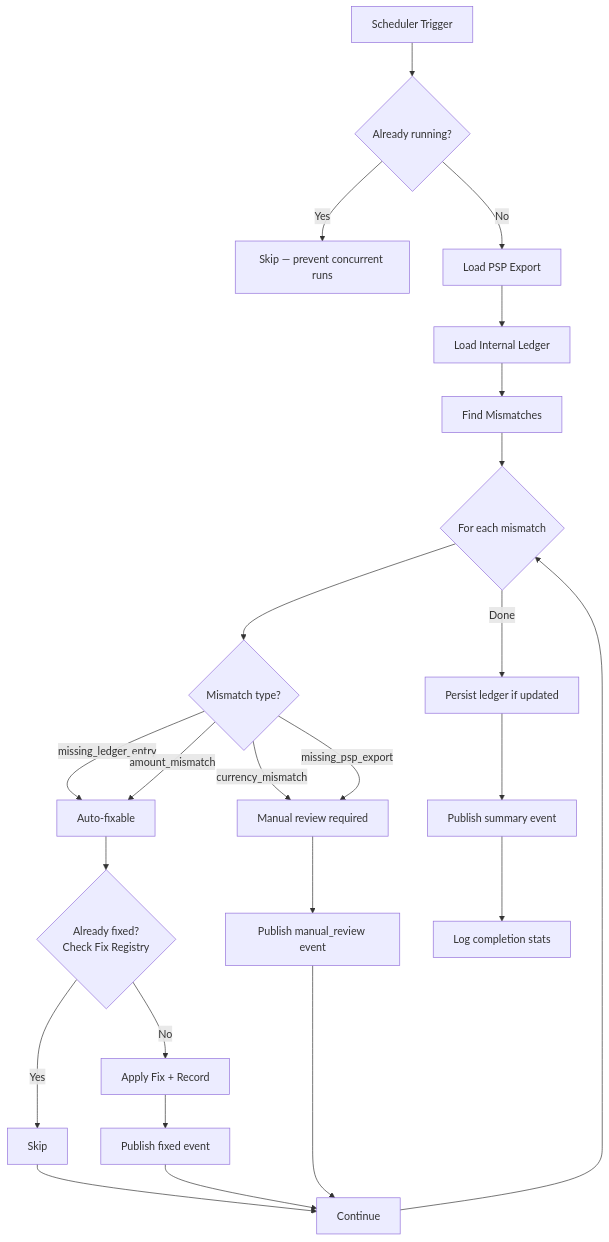
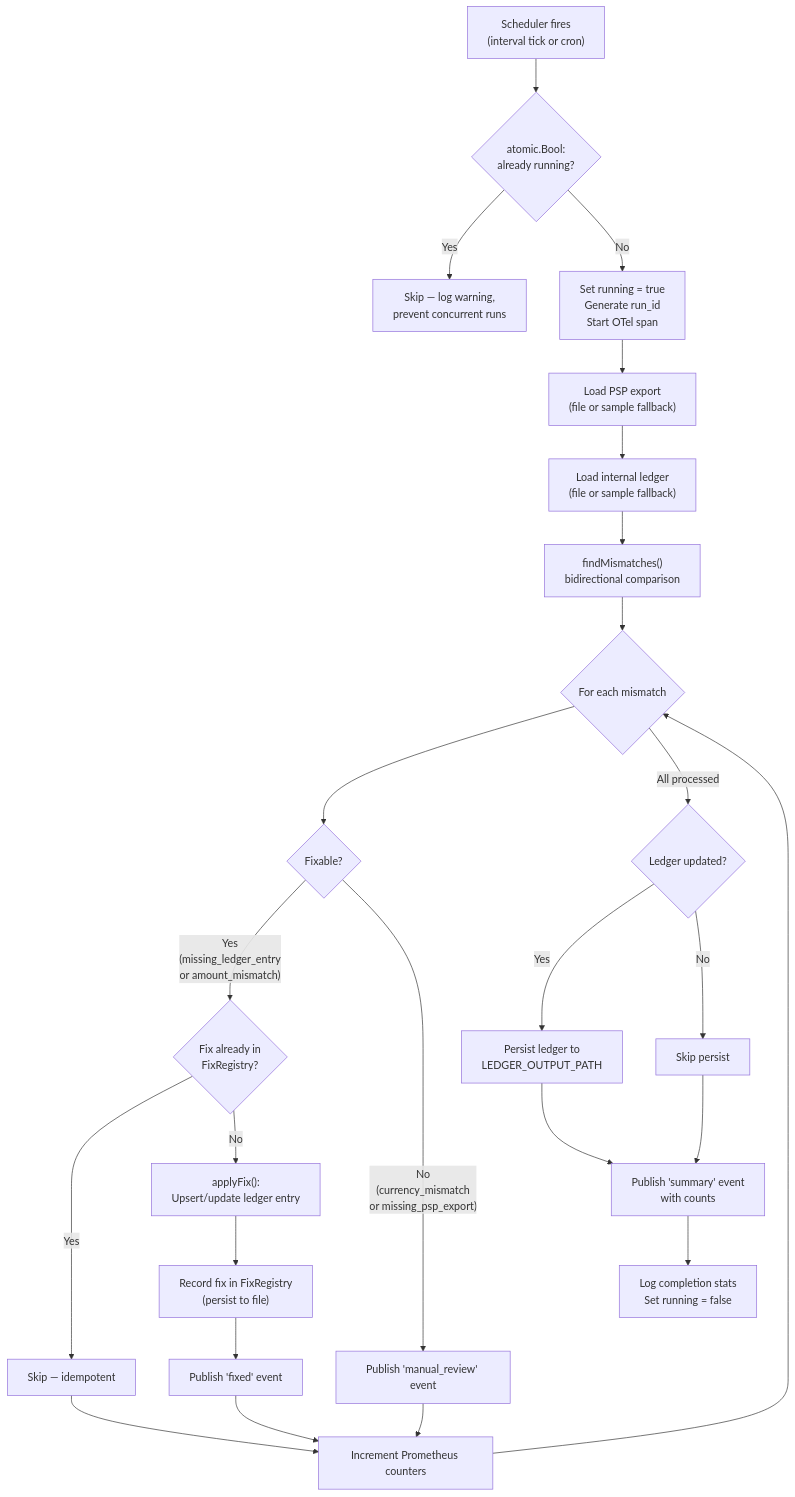
Before and after one commit to sunitakeazycommerz-a11y/InstaCommerce: the third of 5 diagrams in services/reconciliation-engine/README.md, drawn with Mermaid. The commit also changed other lines of this file and 554 other files, not shown here.

````diff
--- a/services/reconciliation-engine/README.md
+++ b/services/reconciliation-engine/README.md
@@ -23,26 +254,31 @@
 ```mermaid
 flowchart TD
-    A[Scheduler Trigger] --> B{Already running?}
-    B -->|Yes| C[Skip — prevent concurrent runs]
-    B -->|No| D[Load PSP Export]
-    D --> E[Load Internal Ledger]
-    E --> F[Find Mismatches]
-    F --> G{For each mismatch}
-    G --> H{Mismatch type?}
-    H -->|missing_ledger_entry| I[Auto-fixable]
-    H -->|amount_mismatch| I
-    H -->|currency_mismatch| J[Manual review required]
-    H -->|missing_psp_export| J
-    I --> K{Already fixed?<br/>Check Fix Registry}
-    K -->|Yes| L[Skip]
-    K -->|No| M[Apply Fix + Record]
-    J --> N[Publish manual_review event]
-    M --> O[Publish fixed event]
-    L --> P[Continue]
+    A["Scheduler fires<br/>(interval tick or cron)"] --> B{"atomic.Bool:<br/>already running?"}
+    B -->|Yes| C["Skip — log warning,<br/>prevent concurrent runs"]
+    B -->|No| D["Set running = true<br/>Generate run_id<br/>Start OTel span"]
+    D --> E["Load PSP export<br/>(file or sample fallback)"]
+    E --> F["Load internal ledger<br/>(file or sample fallback)"]
+    F --> G["findMismatches()<br/>bidirectional comparison"]
+    G --> H{"For each mismatch"}
+
+    H --> I{"Fixable?"}
+    I -->|"Yes<br/>(missing_ledger_entry<br/>or amount_mismatch)"| J{"Fix already in<br/>FixRegistry?"}
+    J -->|Yes| K["Skip — idempotent"]
+    J -->|No| L["applyFix():<br/>Upsert/update ledger entry"]
+    L --> M["Record fix in FixRegistry<br/>(persist to file)"]
+    M --> N["Publish 'fixed' event"]
+
+    I -->|"No<br/>(currency_mismatch<br/>or missing_psp_export)"| O["Publish 'manual_review' event"]
+
+    K --> P["Increment Prometheus counters"]
     N --> P
     O --> P
-    P --> G
-    G -->|Done| Q[Persist ledger if updated]
-    Q --> R[Publish summary event]
-    R --> S[Log completion stats]
+    P --> H
+
+    H -->|"All processed"| Q{"Ledger updated?"}
+    Q -->|Yes| R["Persist ledger to<br/>LEDGER_OUTPUT_PATH"]
+    Q -->|No| S["Skip persist"]
+    R --> T["Publish 'summary' event<br/>with counts"]
+    S --> T
+    T --> U["Log completion stats<br/>Set running = false"]
 ```
````
